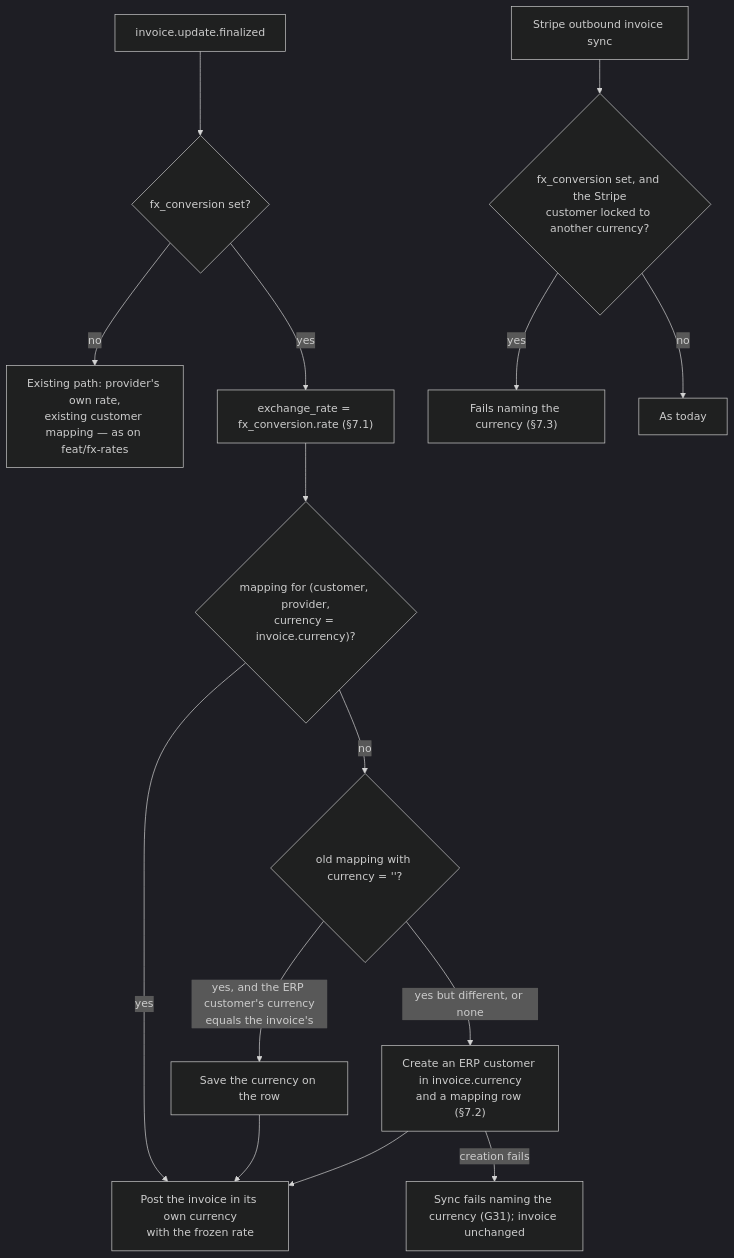
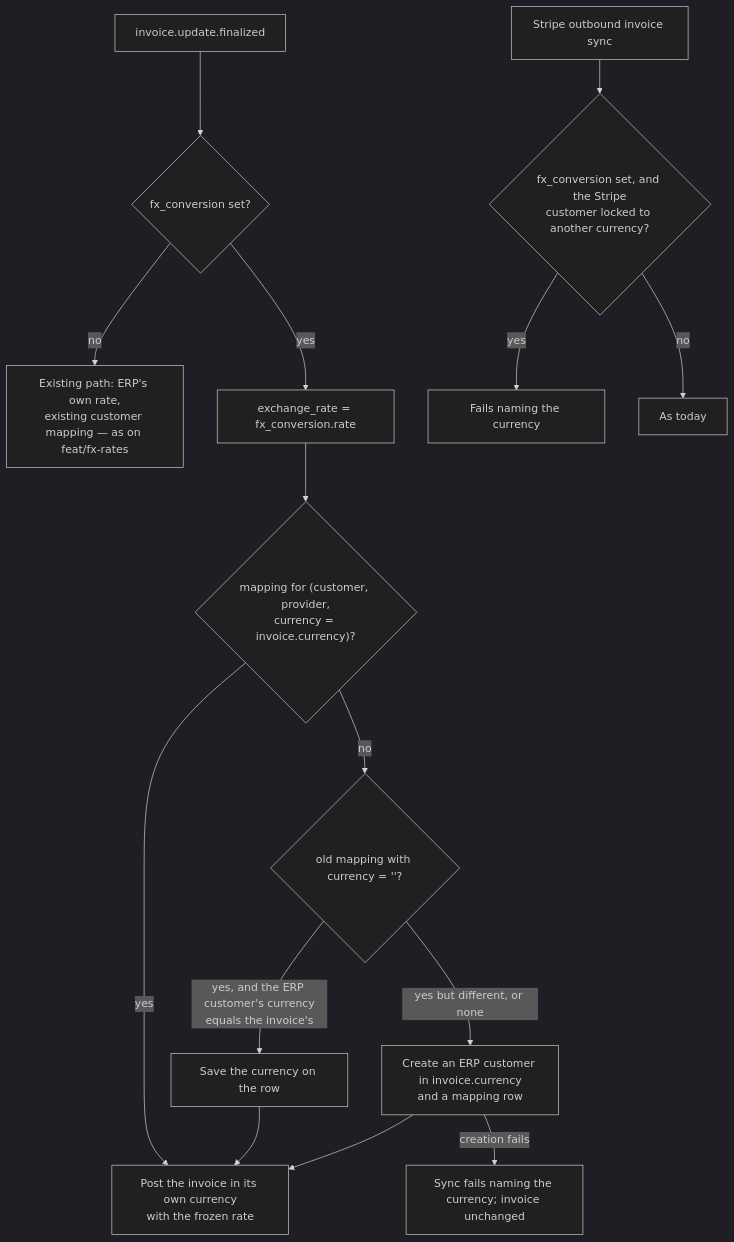
One commit to aghijap/flexprice-FLE-1411 changed the seventh of 7 diagrams in docs/design/2026-09-26-FLE-1383-adaptive-multi-currency-phase1-erd.md. Above: the diagram before and after it, drawn with Mermaid (dark theme). The commit also changed other lines of this file and 1 other file, not shown here.

````diff
--- a/docs/design/2026-09-26-FLE-1383-adaptive-multi-currency-phase1-erd.md
+++ b/docs/design/2026-09-26-FLE-1383-adaptive-multi-currency-phase1-erd.md
@@ -954,15 +858,15 @@
 ```mermaid
 flowchart TD
     E["invoice.update.finalized"] --> FXQ{"fx_conversion set?"}
-    FXQ -- no --> LEG["Existing path: provider's own rate,<br/>existing customer mapping — as on feat/fx-rates"]
-    FXQ -- yes --> RATE["exchange_rate = fx_conversion.rate (§7.1)"]
+    FXQ -- no --> LEG["Existing path: ERP's own rate,<br/>existing customer mapping — as on feat/fx-rates"]
+    FXQ -- yes --> RATE["exchange_rate = fx_conversion.rate"]
     RATE --> MAP{"mapping for (customer, provider,<br/>currency = invoice.currency)?"}
     MAP -- yes --> POST["Post the invoice in its own currency<br/>with the frozen rate"]
     MAP -- no --> LEGM{"old mapping with currency = ''?"}
     LEGM -- "yes, and the ERP customer's currency<br/>equals the invoice's" --> STAMP["Save the currency on the row"] --> POST
-    LEGM -- "yes but different, or none" --> NEW["Create an ERP customer in invoice.currency<br/>and a mapping row (§7.2)"] --> POST
-    NEW -- "creation fails" --> FAIL["Sync fails naming the currency (G31); invoice unchanged"]
+    LEGM -- "yes but different, or none" --> NEW["Create an ERP customer in invoice.currency<br/>and a mapping row"] --> POST
+    NEW -- "creation fails" --> FAIL["Sync fails naming the currency; invoice unchanged"]
     STR["Stripe outbound invoice sync"] --> STQ{"fx_conversion set, and the Stripe<br/>customer locked to another currency?"}
-    STQ -- yes --> SF["Fails naming the currency (§7.3)"]
+    STQ -- yes --> SF["Fails naming the currency"]
     STQ -- no --> SOK["As today"]
 ```
````
